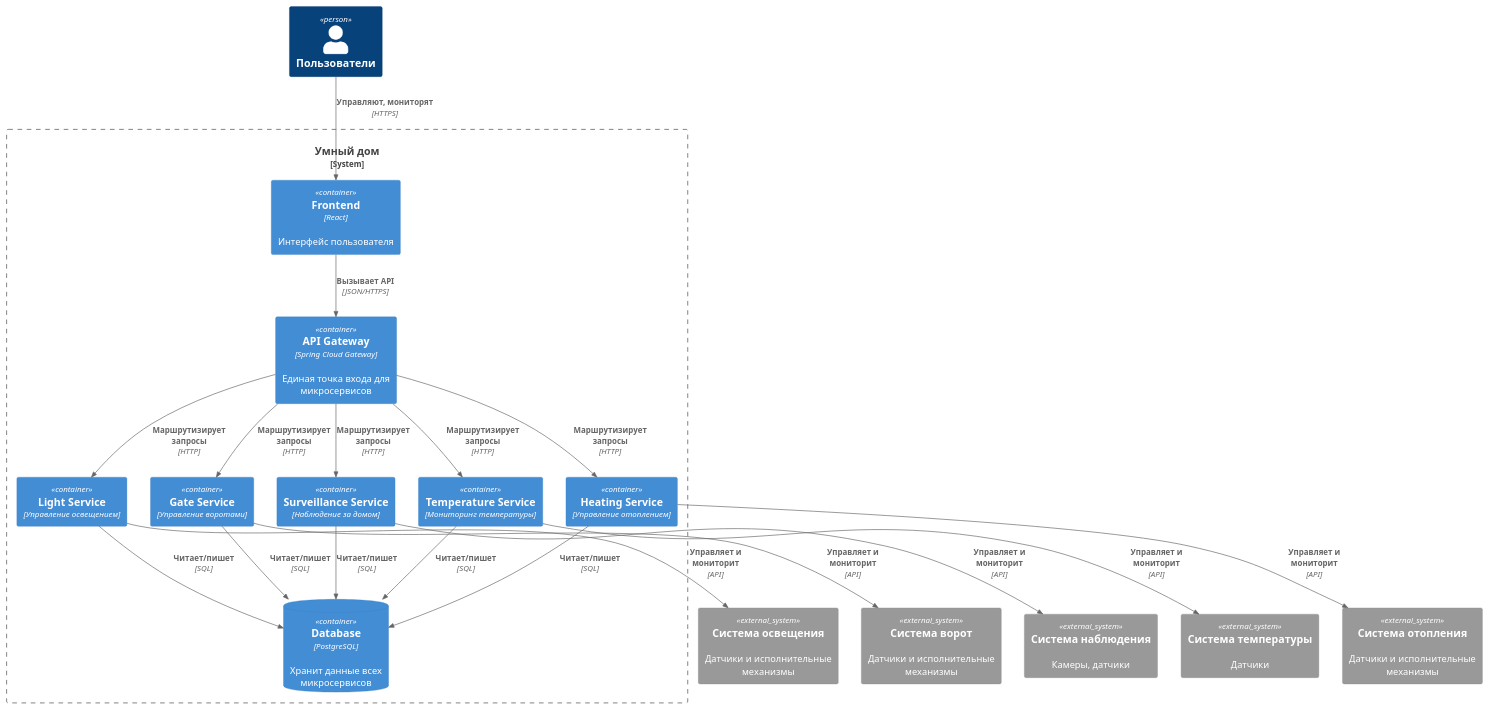
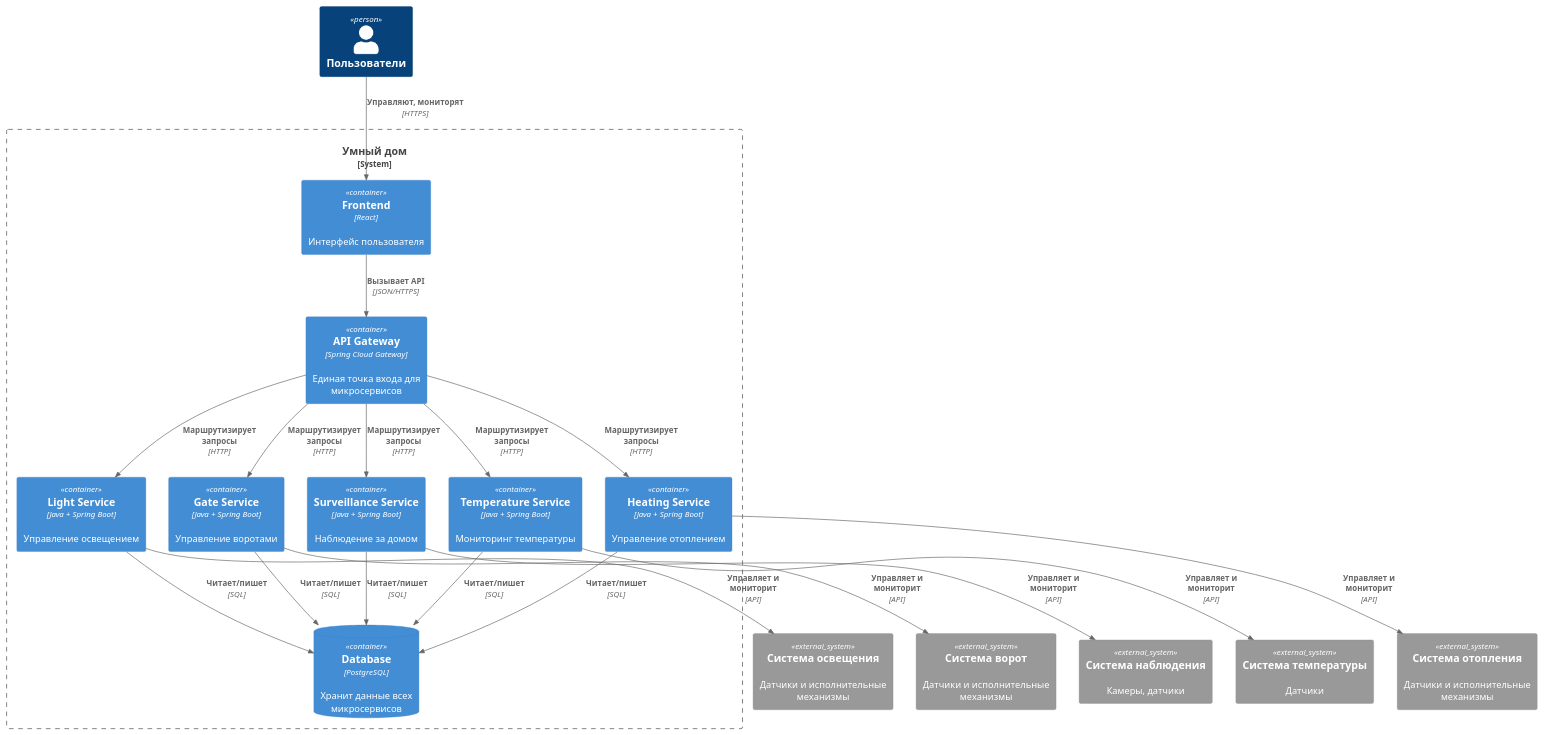
The diagram in diagrams/container/Container.puml (IvanTokarevP/TokarevIvanSprint1), drawn with PlantUML before and after one commit. The commit also changed 16 other files, not shown here.

```diff
--- a/diagrams/container/Container.puml
+++ b/diagrams/container/Container.puml
@@ -1,47 +1,47 @@
 @startuml
 !include https://raw.githubusercontent.com/plantuml-stdlib/C4-PlantUML/master/C4_Container.puml
 
 Person(users, "Пользователи")
 
 System_Boundary(smart_home, "Умный дом") {
     Container(UI, "Frontend", "React", "Интерфейс пользователя")
     Container(gateway, "API Gateway", "Spring Cloud Gateway", "Единая точка входа для микросервисов")
     
-    Container(light, "Light Service", "Управление освещением")
-    Container(gate, "Gate Service",  "Управление воротами")
-    Container(surveillance, "Surveillance Service", "Наблюдение за домом")
-    Container(temp, "Temperature Service", "Мониторинг температуры")
-    Container(heating, "Heating Service", "Управление отоплением")
+    Container(light, "Light Service", "Java + Spring Boot", "Управление освещением")
+    Container(gate, "Gate Service", "Java + Spring Boot",  "Управление воротами")
+    Container(surveillance, "Surveillance Service", "Java + Spring Boot", "Наблюдение за домом")
+    Container(temp, "Temperature Service", "Java + Spring Boot", "Мониторинг температуры")
+    Container(heating, "Heating Service", "Java + Spring Boot", "Управление отоплением")
     
     ContainerDb(db, "Database", "PostgreSQL", "Хранит данные всех микросервисов")
 }
 
 
 System_Ext(light_system, "Система освещения", "Датчики и исполнительные механизмы")
 System_Ext(gate_system, "Система ворот", "Датчики и исполнительные механизмы")
 System_Ext(surveillance_system, "Система наблюдения", "Камеры, датчики")
 System_Ext(temp_system, "Система температуры", "Датчики")
 System_Ext(heating_system, "Система отопления", "Датчики и исполнительные механизмы")
 
 Rel(users, UI, "Управляют, мониторят", "HTTPS")
 Rel(UI, gateway, "Вызывает API", "JSON/HTTPS")
 
 Rel(gateway, light, "Маршрутизирует запросы", "HTTP")
 Rel(gateway, gate, "Маршрутизирует запросы", "HTTP")
 Rel(gateway, surveillance, "Маршрутизирует запросы", "HTTP")
 Rel(gateway, temp, "Маршрутизирует запросы", "HTTP")
 Rel(gateway, heating, "Маршрутизирует запросы", "HTTP")
 
 Rel(light, db, "Читает/пишет", "SQL")
 Rel(gate, db, "Читает/пишет", "SQL")
 Rel(surveillance, db, "Читает/пишет", "SQL")
 Rel(temp, db, "Читает/пишет", "SQL")
 Rel(heating, db, "Читает/пишет", "SQL")
 
 Rel(light, light_system, "Управляет и мониторит", "API")
 Rel(gate, gate_system, "Управляет и мониторит", "API")
 Rel(surveillance, surveillance_system, "Управляет и мониторит", "API")
 Rel(temp, temp_system, "Управляет и мониторит", "API")
 Rel(heating, heating_system, "Управляет и мониторит", "API")
 
 @enduml
```
